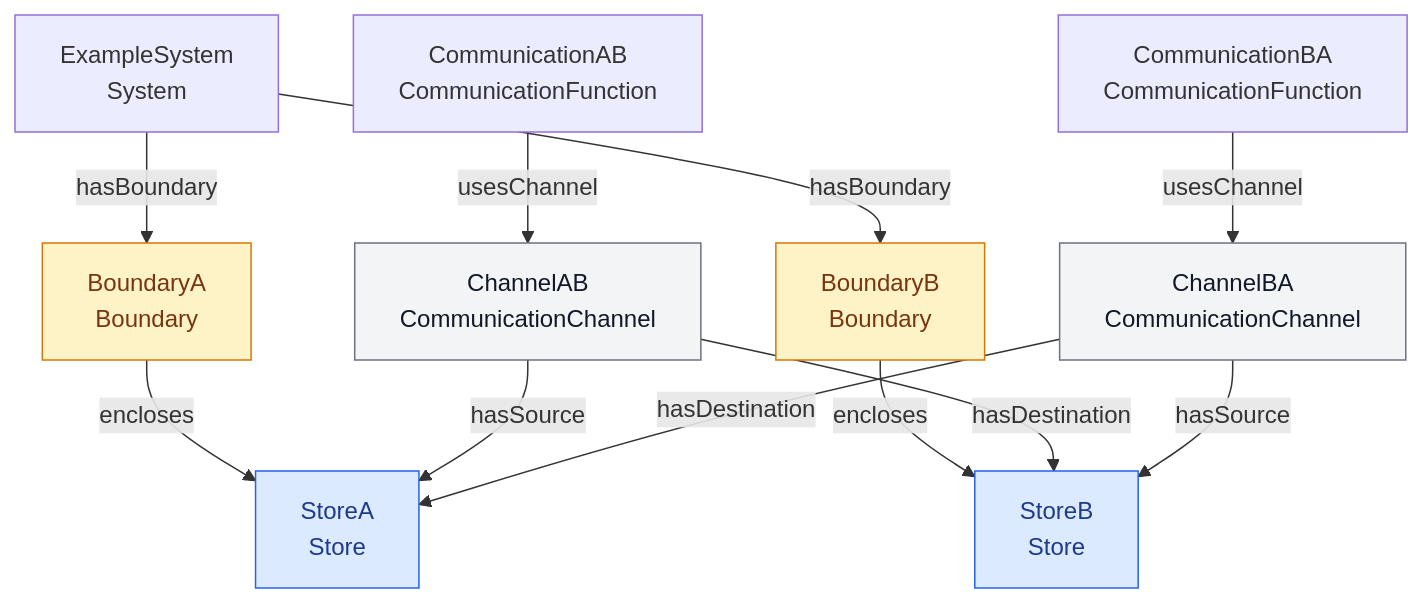
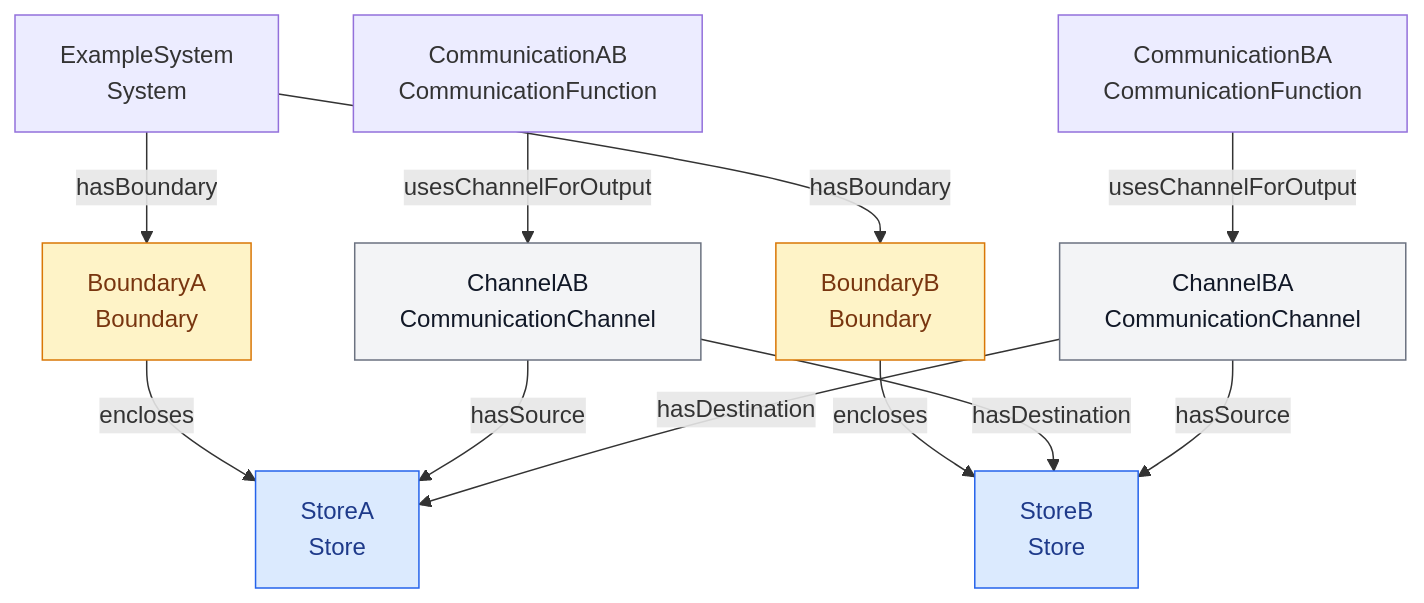
Diagram 13 of 19 in ontologies/core/DDTA_CORE.md (nballestriero/tesiStabile), drawn with Mermaid before and after one commit. The commit also changed other lines of this file and 4 other files, not shown here.

````diff
--- a/ontologies/core/DDTA_CORE.md
+++ b/ontologies/core/DDTA_CORE.md
@@ -3499,39 +3600,39 @@
 ```mermaid
 flowchart TB
     S["ExampleSystem<br/>System"]
 
     BA["BoundaryA<br/>Boundary"]
     BB["BoundaryB<br/>Boundary"]
 
     A["StoreA<br/>Store"]
     B["StoreB<br/>Store"]
 
     CAB["ChannelAB<br/>CommunicationChannel"]
     CBA["ChannelBA<br/>CommunicationChannel"]
 
     FAB["CommunicationAB<br/>CommunicationFunction"]
     FBA["CommunicationBA<br/>CommunicationFunction"]
 
     S -->|"hasBoundary"| BA
     S -->|"hasBoundary"| BB
 
     BA -->|"encloses"| A
     BB -->|"encloses"| B
 
-    FAB -->|"usesChannel"| CAB
-    FBA -->|"usesChannel"| CBA
+    FAB -->|"usesChannelForOutput"| CAB
+    FBA -->|"usesChannelForOutput"| CBA
 
     CAB -->|"hasSource"| A
     CAB -->|"hasDestination"| B
 
     CBA -->|"hasSource"| B
     CBA -->|"hasDestination"| A
 
     classDef boundary fill:#fef3c7,stroke:#d97706,color:#78350f
     classDef resource fill:#dbeafe,stroke:#2563eb,color:#1e3a8a
     classDef channel fill:#f3f4f6,stroke:#6b7280,color:#111827
 
     class BA,BB boundary
     class A,B resource
     class CAB,CBA channel
 ```
````
